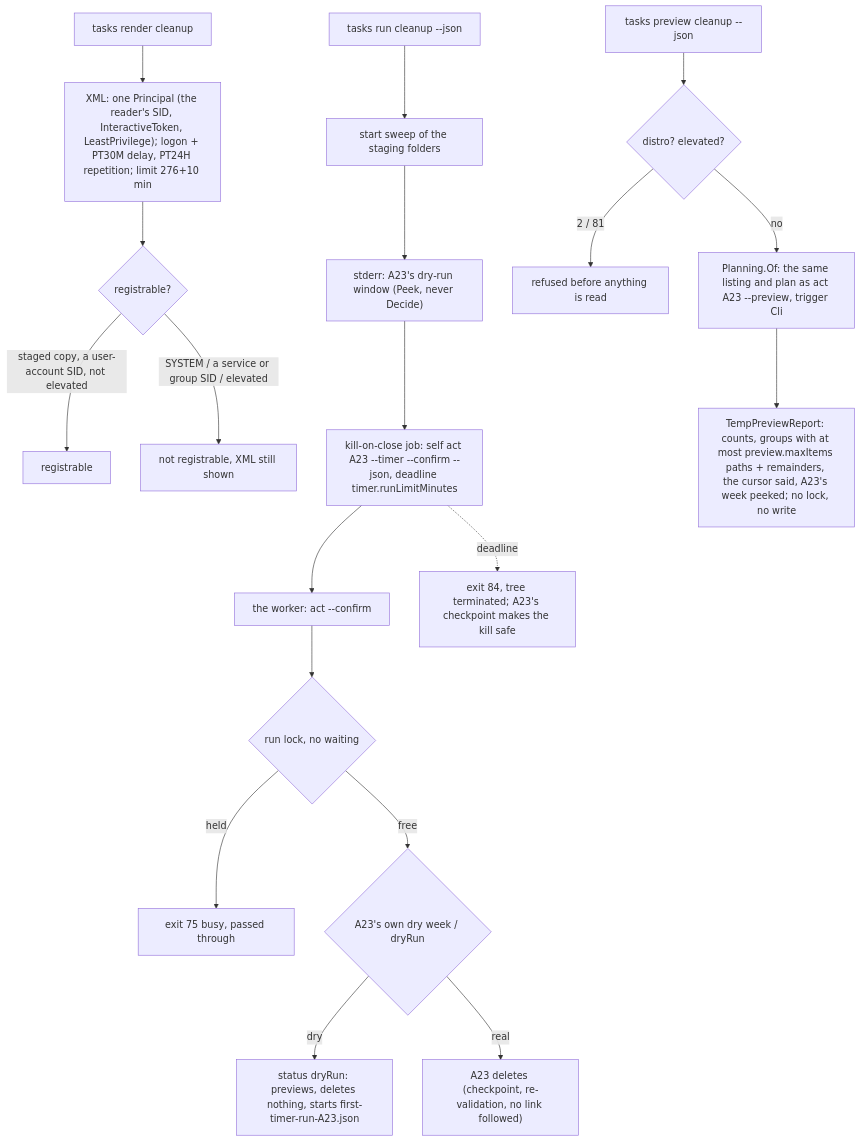
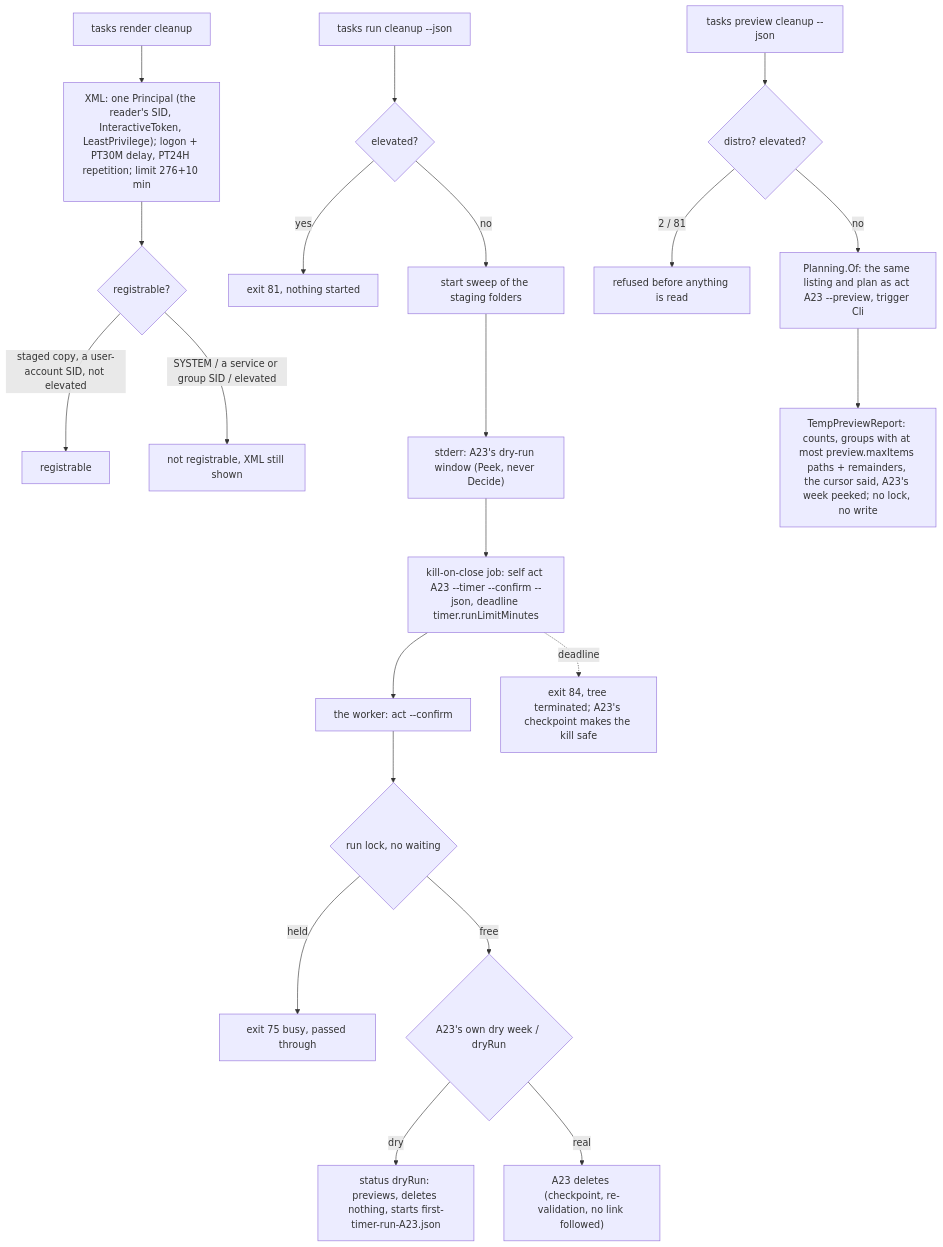
Before and after one commit to oleksandrdubyna88/wsl_care: diagram 12 of 20 in research/module_daemon.md, drawn with Mermaid. The commit also changed other lines of this file and 24 other files, not shown here.

First line of the commit message:
fix(tasks): WR-T2 own review - faithful preview, elevated refusal in the supervisor, closed recursive-delete list

````diff
--- a/research/module_daemon.md
+++ b/research/module_daemon.md
@@ -806,20 +806,22 @@
 ```mermaid
 flowchart TD
     R["tasks render cleanup"] --> RX["XML: one Principal (the reader's SID, InteractiveToken, LeastPrivilege); logon + PT30M delay, PT24H repetition; limit 276+10 min"]
     RX --> G{"registrable?"}
     G -- "staged copy, a user-account SID, not elevated" --> OK[registrable]
     G -- "SYSTEM / a service or group SID / elevated" --> NO[not registrable, XML still shown]
-    U["tasks run cleanup --json"] --> SW["start sweep of the staging folders"] --> PK["stderr: A23's dry-run window (Peek, never Decide)"]
+    U["tasks run cleanup --json"] --> EL{"elevated?"}
+    EL -- yes --> E81["exit 81, nothing started"]
+    EL -- no --> SW["start sweep of the staging folders"] --> PK["stderr: A23's dry-run window (Peek, never Decide)"]
     PK --> JOB["kill-on-close job: self act A23 --timer --confirm --json, deadline timer.runLimitMinutes"]
     JOB --> W["the worker: act --confirm"]
     W --> L{"run lock, no waiting"}
     L -- held --> B75["exit 75 busy, passed through"]
     L -- free --> D{"A23's own dry week / dryRun"}
     D -- dry --> DRY["status dryRun: previews, deletes nothing, starts first-timer-run-A23.json"]
     D -- real --> A23["A23 deletes (checkpoint, re-validation, no link followed)"]
     JOB -. "deadline" .-> E84["exit 84, tree terminated; A23's checkpoint makes the kill safe"]
     P["tasks preview cleanup --json"] --> PR{"distro? elevated?"}
     PR -- "2 / 81" --> X[refused before anything is read]
     PR -- no --> PL["Planning.Of: the same listing and plan as act A23 --preview, trigger Cli"]
     PL --> REP["TempPreviewReport: counts, groups with at most preview.maxItems paths + remainders, the cursor said, A23's week peeked; no lock, no write"]
 ```
````
